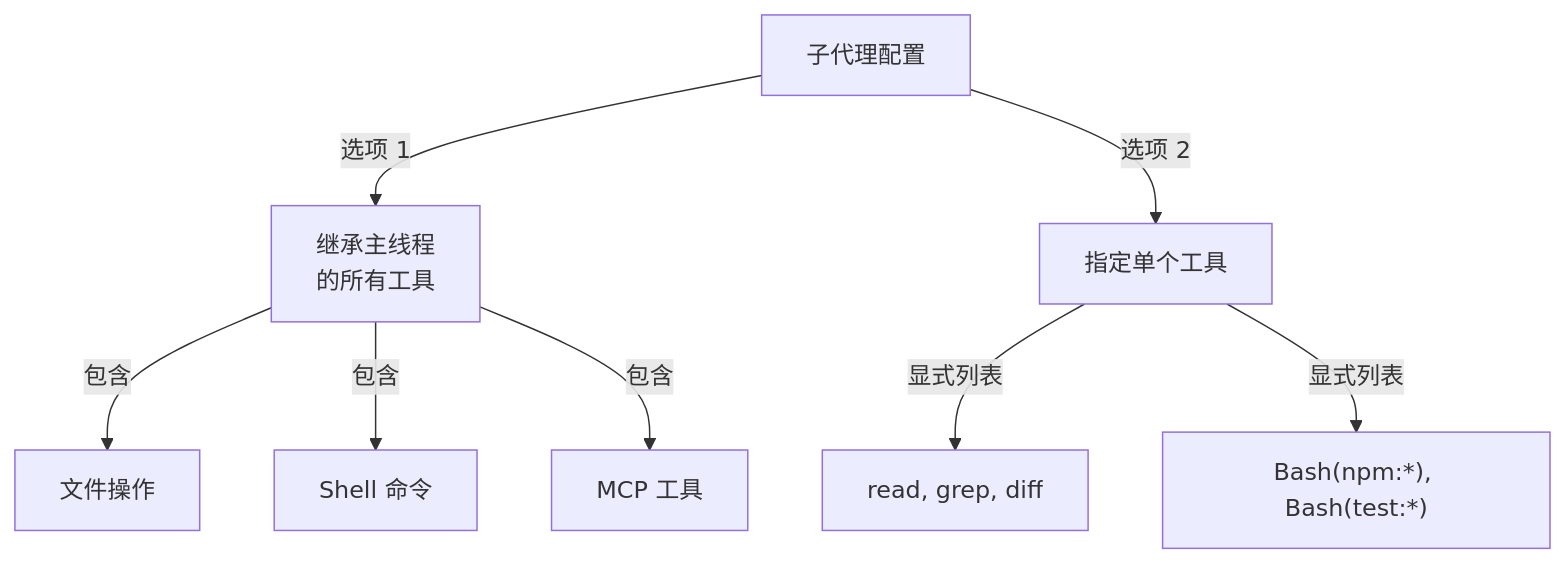
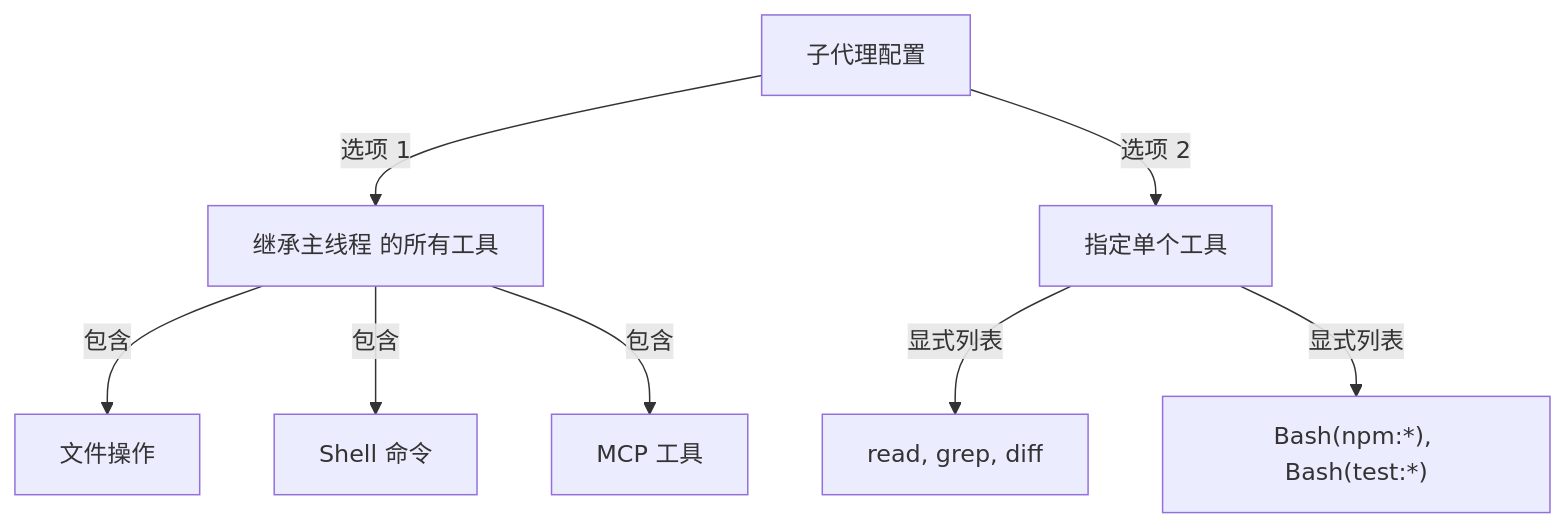
Before and after one commit to Rx782-Fss/claude-howto-zh: the sixth of 31 diagrams in claude_concepts_guide.md, drawn with Mermaid. The commit also changed other lines of this file and 5 other files, not shown here.

Commit message:
fix: Mermaid 内全角括号/问号/emoji/<br/> 改为半角ASCII避免 GitHub 渲染失败

````diff
--- a/claude_concepts_guide.md
+++ b/claude_concepts_guide.md
@@ -271,10 +271,10 @@
 ```mermaid
 graph TD
-    A["子代理配置"] -->|选项 1| B["继承主线程<br/>的所有工具"]
+    A["子代理配置"] -->|选项 1| B["继承主线程 的所有工具"]
     A -->|选项 2| C["指定单个工具"]
     B -->|包含| B1["文件操作"]
     B -->|包含| B2["Shell 命令"]
     B -->|包含| B3["MCP 工具"]
     C -->|显式列表| C1["read, grep, diff"]
     C -->|显式列表| C2["Bash(npm:*), Bash(test:*)"]
 ```
````
